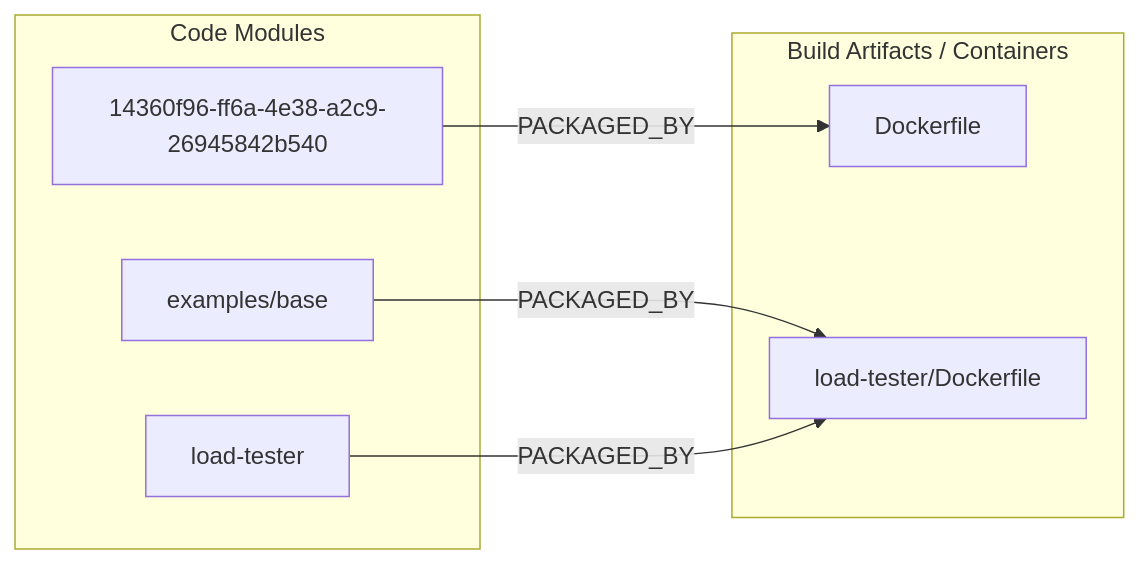
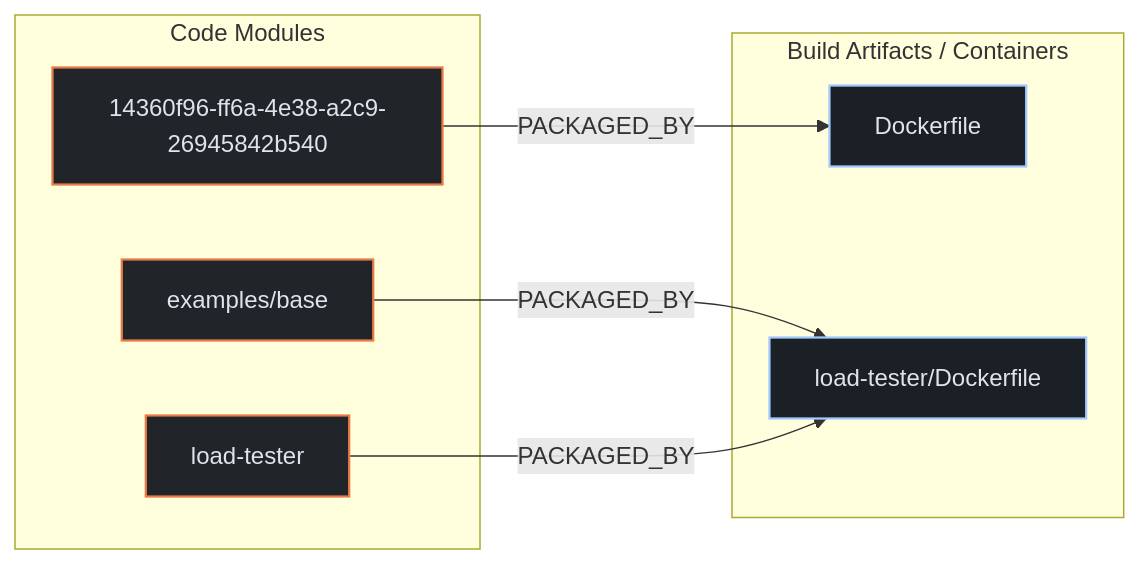
One commit to kumarshaz/atruss-code-atlas changed the second of 3 diagrams in exports/latest/reports/argoproj-rollouts-demo-report.md. Above: the diagram before and after it, drawn with Mermaid. The commit also changed other lines of this file and 331 other files, not shown here.

Commit message:
docs,ui,fix: update SDLC docs, reorder CI/CD DAG first, stylize Mermaid, and fix Arc42 pipeline topology

````diff
--- a/exports/latest/reports/argoproj-rollouts-demo-report.md
+++ b/exports/latest/reports/argoproj-rollouts-demo-report.md
@@ -120,15 +127,19 @@
 ```mermaid
 flowchart LR
+    classDef atlasCategory fill:#212428,stroke:#E87A48,stroke-width:1.5px,color:#dfe3eb
+    classDef atlasWorkflow fill:#1b2026,stroke:#a3c9ff,stroke-width:1.5px,color:#dfe3eb
+    classDef atlasJob fill:#171c22,stroke:#8d9199,stroke-width:1px,color:#dfe3eb
+    classDef atlasTarget fill:#005227,stroke:#8bd99b,stroke-width:1.5px,color:#a7f6b6
     subgraph code_modules["Code Modules"]
-        mod_14360f96_ff6a_4e38_a2c9_26945842b540["14360f96-ff6a-4e38-a2c9-26945842b540"]
-        mod_examples_base["examples/base"]
-        mod_load_tester["load-tester"]
+        mod_14360f96_ff6a_4e38_a2c9_26945842b540["14360f96-ff6a-4e38-a2c9-26945842b540"]:::atlasCategory
+        mod_examples_base["examples/base"]:::atlasCategory
+        mod_load_tester["load-tester"]:::atlasCategory
     end
     subgraph build_artifacts["Build Artifacts / Containers"]
-        art_Dockerfile["Dockerfile"]
-        art_load_tester_Dockerfile["load-tester/Dockerfile"]
+        art_Dockerfile["Dockerfile"]:::atlasWorkflow
+        art_load_tester_Dockerfile["load-tester/Dockerfile"]:::atlasWorkflow
     end
     mod_14360f96_ff6a_4e38_a2c9_26945842b540 -->|PACKAGED_BY| art_Dockerfile
     mod_examples_base -->|PACKAGED_BY| art_load_tester_Dockerfile
     mod_load_tester -->|PACKAGED_BY| art_load_tester_Dockerfile
 ```
````
